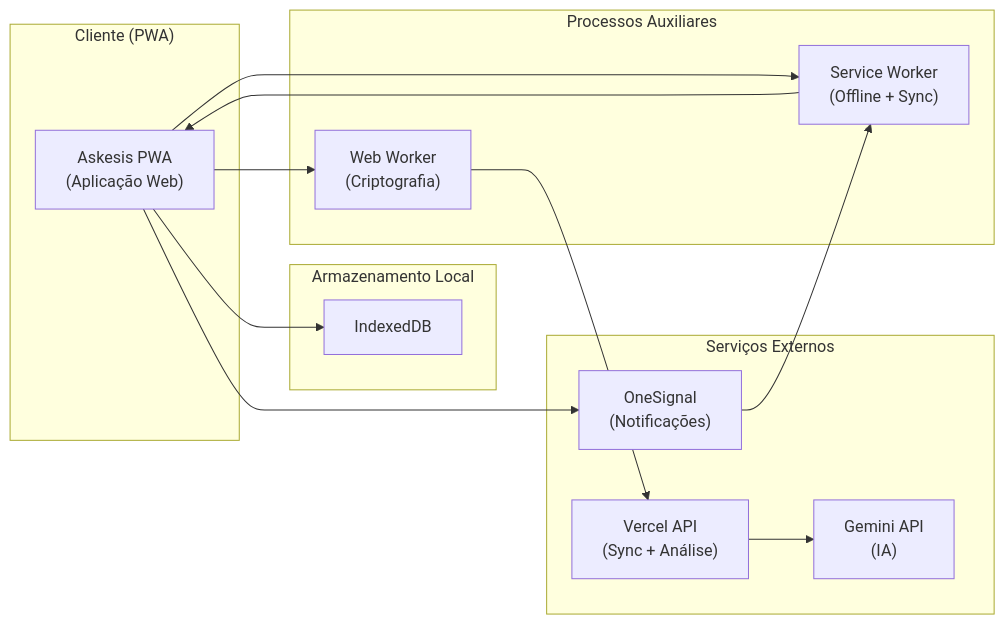
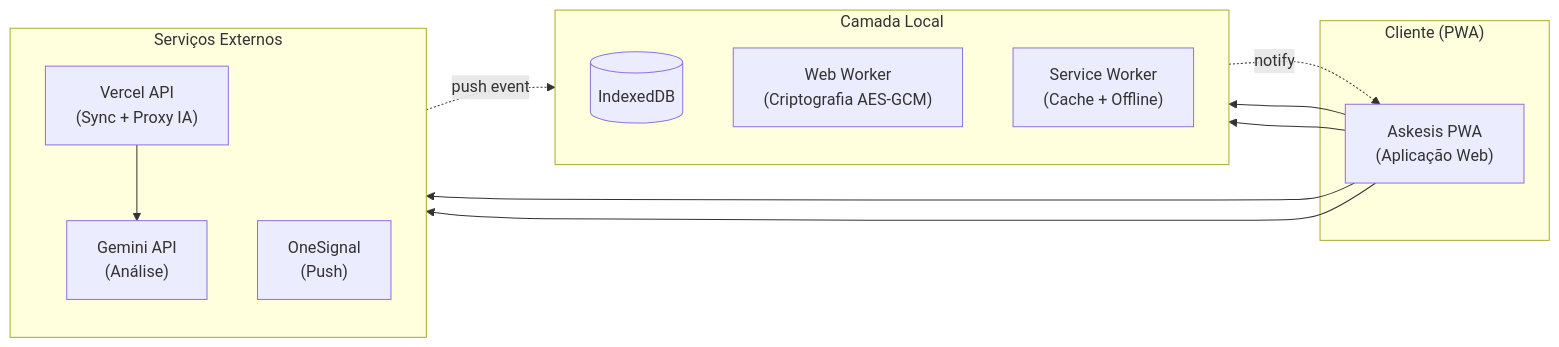
One commit to farifran/askesis changed the second of 18 diagrams in README.md. Above: the diagram before and after it, drawn with Mermaid. The commit also changed other lines of this file, not shown here.

Commit message:
Atualiza a seção de motivação no README para maior clareza e concisão, e melhora a formatação dos diagramas Mermaid.

````diff
--- a/README.md
+++ b/README.md
@@ -156,34 +156,32 @@
 ```mermaid
 flowchart LR
-  %% Nível 2 = visão de containers (contêineres de alto nível, sem detalhes internos do Nível 3)
-  %% Ajustado para evitar cruzamentos: fluxo horizontal, contêiner único para o cliente
+  %% Nível 2 = visão de containers (contêineres de alto nível)
+  %% Layout otimizado: fluxo L→R com agrupamentos verticais para evitar cruzamentos
 
   subgraph Client["Cliente (PWA)"]
     PWA["Askesis PWA\n(Aplicação Web)"]
   end
 
-  subgraph Storage["Armazenamento Local"]
-    Store["IndexedDB"]
+  subgraph Local["Camada Local"]
+    direction TB
+    Store[("IndexedDB")]
+    Worker["Web Worker\n(Criptografia AES-GCM)"]
+    SW["Service Worker\n(Cache + Offline)"]
   end
 
-  subgraph Workers["Processos Auxiliares"]
-    Worker["Web Worker\n(Criptografia)"]
-    SW["Service Worker\n(Offline + Sync)"]
-  end
-
-  subgraph External["Serviços Externos"]
-    API["Vercel API\n(Sync + Análise)"]
-    AI["Gemini API\n(IA)"]
-    PUSH["OneSignal\n(Notificações)"]
+  subgraph Cloud["Serviços Externos"]
+    direction TB
+    API["Vercel API\n(Sync + Proxy IA)"]
+    AI["Gemini API\n(Análise)"]
+    PUSH["OneSignal\n(Push)"]
   end
 
   %% Fluxos principais (sem cruzamentos)
   PWA --> Store
   PWA --> Worker
-  PWA --> SW
-  Worker --> API
+  PWA --> API
+  PWA --> PUSH
   API --> AI
-  PWA --> PUSH
-  PUSH --> SW
-  SW --> PWA
+  PUSH -.->|push event| SW
+  SW -.->|notify| PWA
 ```
````
